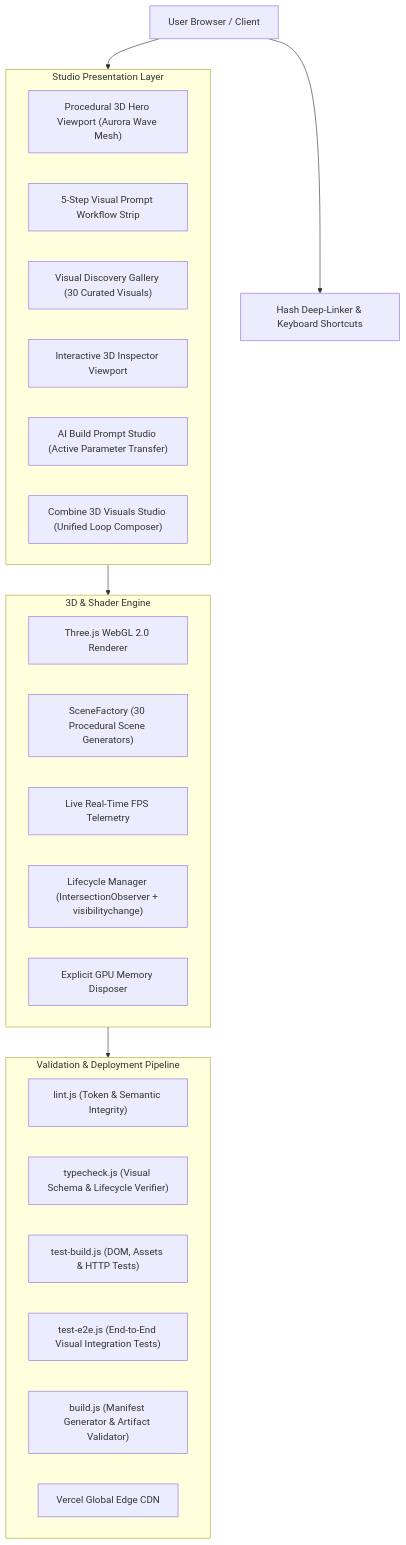
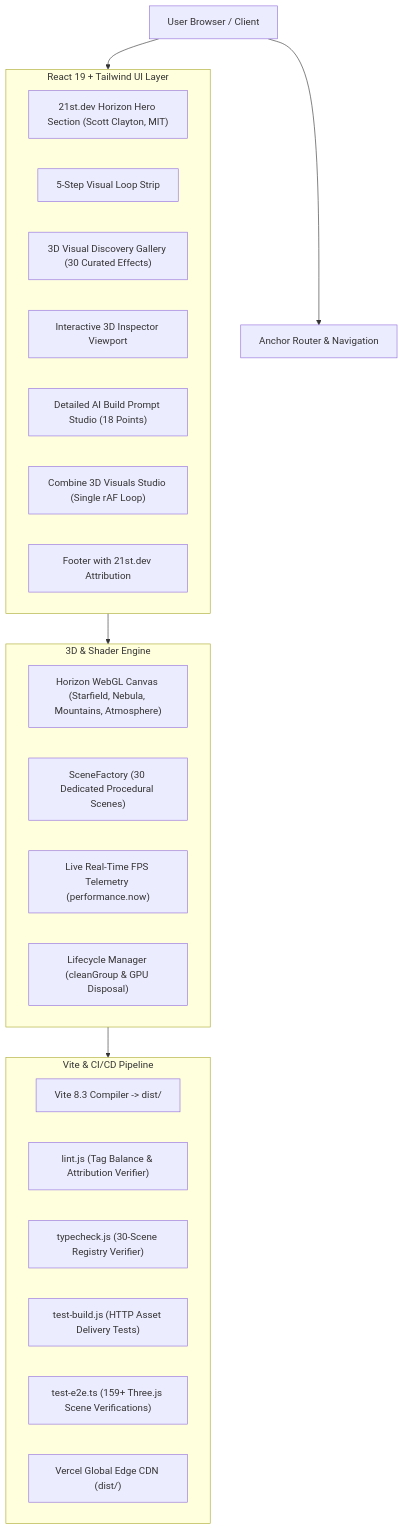
Before and after one commit to kalyan870/promptdock: the diagram in docs/architecture.md, drawn with Mermaid. The commit also changed other lines of this file and 141 other files, not shown here.

Commit message:
feat(7.2): integrate 21st.dev 3d horizon hero, react+vite architecture, 30 dedicated scene factory generators, and 18-point prompt engine

````diff
--- a/docs/architecture.md
+++ b/docs/architecture.md
@@ -5,34 +5,34 @@
 ```mermaid
 graph TD
-    Client["User Browser / Client"] --> HashRouter["Hash Deep-Linker & Keyboard Shortcuts"]
+    Client["User Browser / Client"] --> Router["Anchor Router & Navigation"]
     
-    subgraph Studio ["Studio Presentation Layer"]
-      Hero["Procedural 3D Hero Viewport (Aurora Wave Mesh)"]
-      Workflow["5-Step Visual Prompt Workflow Strip"]
-      Gallery["Visual Discovery Gallery (30 Curated Visuals)"]
+    subgraph Presentation ["React 19 + Tailwind UI Layer"]
+      Hero["21st.dev Horizon Hero Section (Scott Clayton, MIT)"]
+      Workflow["5-Step Visual Loop Strip"]
+      Gallery["3D Visual Discovery Gallery (30 Curated Effects)"]
       Inspector["Interactive 3D Inspector Viewport"]
-      PromptStudio["AI Build Prompt Studio (Active Parameter Transfer)"]
-      CombineStudio["Combine 3D Visuals Studio (Unified Loop Composer)"]
+      PromptStudio["Detailed AI Build Prompt Studio (18 Points)"]
+      CombineStudio["Combine 3D Visuals Studio (Single rAF Loop)"]
+      Footer["Footer with 21st.dev Attribution"]
     end
     
     subgraph WebGL ["3D & Shader Engine"]
-      ThreeCore["Three.js WebGL 2.0 Renderer"]
-      SceneFac["SceneFactory (30 Procedural Scene Generators)"]
-      Telemetry["Live Real-Time FPS Telemetry"]
-      Lifecycle["Lifecycle Manager (IntersectionObserver + visibilitychange)"]
-      GPUClean["Explicit GPU Memory Disposer"]
+      HorizonEngine["Horizon WebGL Canvas (Starfield, Nebula, Mountains, Atmosphere)"]
+      SceneFac["SceneFactory (30 Dedicated Procedural Scenes)"]
+      Telemetry["Live Real-Time FPS Telemetry (performance.now)"]
+      Lifecycle["Lifecycle Manager (cleanGroup & GPU Disposal)"]
     end
     
-    subgraph CI ["Validation & Deployment Pipeline"]
-      Linter["lint.js (Token & Semantic Integrity)"]
-      Typechecker["typecheck.js (Visual Schema & Lifecycle Verifier)"]
-      UnitTests["test-build.js (DOM, Assets & HTTP Tests)"]
-      E2ETests["test-e2e.js (End-to-End Visual Integration Tests)"]
-      Builder["build.js (Manifest Generator & Artifact Validator)"]
-      VercelEdge["Vercel Global Edge CDN"]
+    subgraph Pipeline ["Vite & CI/CD Pipeline"]
+      Vite["Vite 8.3 Compiler -> dist/"]
+      Linter["lint.js (Tag Balance & Attribution Verifier)"]
+      Typechecker["typecheck.js (30-Scene Registry Verifier)"]
+      UnitTests["test-build.js (HTTP Asset Delivery Tests)"]
+      E2ETests["test-e2e.ts (159+ Three.js Scene Verifications)"]
+      VercelEdge["Vercel Global Edge CDN (dist/)"]
     end
     
-    Client --> Studio
-    Studio --> WebGL
-    WebGL --> CI
+    Client --> Presentation
+    Presentation --> WebGL
+    WebGL --> Pipeline
 ```
````
